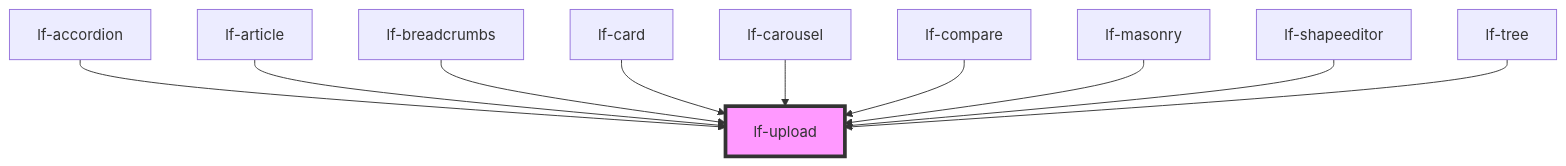
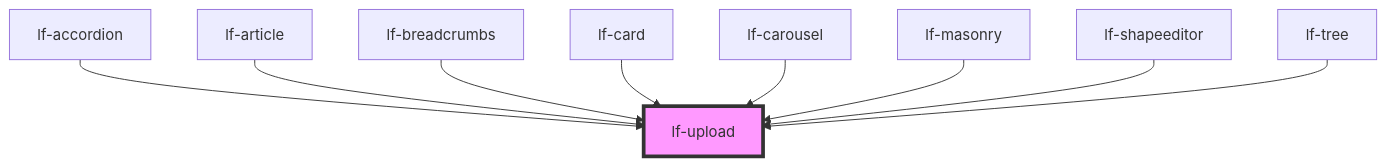
One commit to lucafoscili/lf-widgets changed the diagram in packages/core/src/components/lf-upload/readme.md. Above: the diagram before and after it, drawn with Mermaid. The commit also changed other lines of this file and 191 other files, not shown here.

First line of the commit message:
chore: Refactor to functional component architecture for UI

````diff
--- a/packages/core/src/components/lf-upload/readme.md
+++ b/packages/core/src/components/lf-upload/readme.md
@@ -121,13 +126,12 @@
 ```mermaid
 graph TD;
   lf-accordion --> lf-upload
   lf-article --> lf-upload
   lf-breadcrumbs --> lf-upload
   lf-card --> lf-upload
   lf-carousel --> lf-upload
-  lf-compare --> lf-upload
   lf-masonry --> lf-upload
   lf-shapeeditor --> lf-upload
   lf-tree --> lf-upload
   style lf-upload fill:#f9f,stroke:#333,stroke-width:4px
 ```
````
